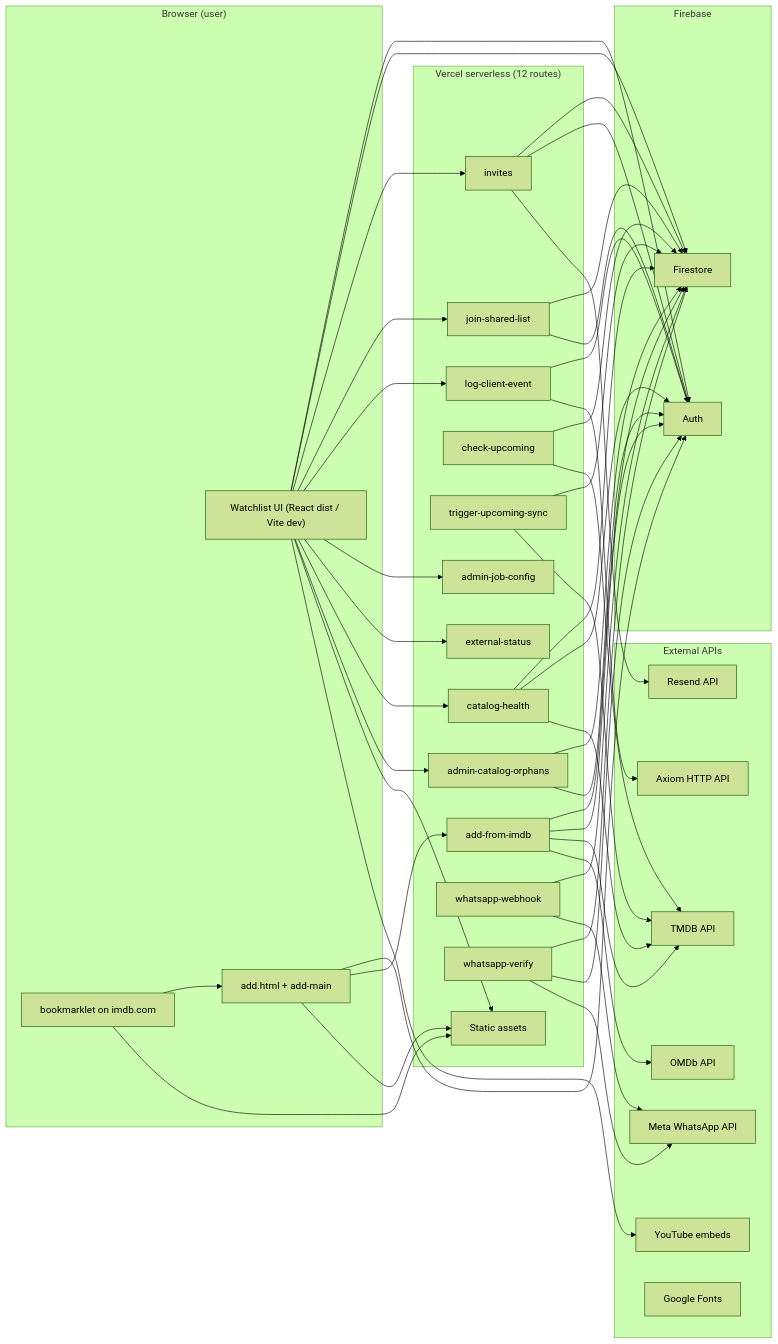
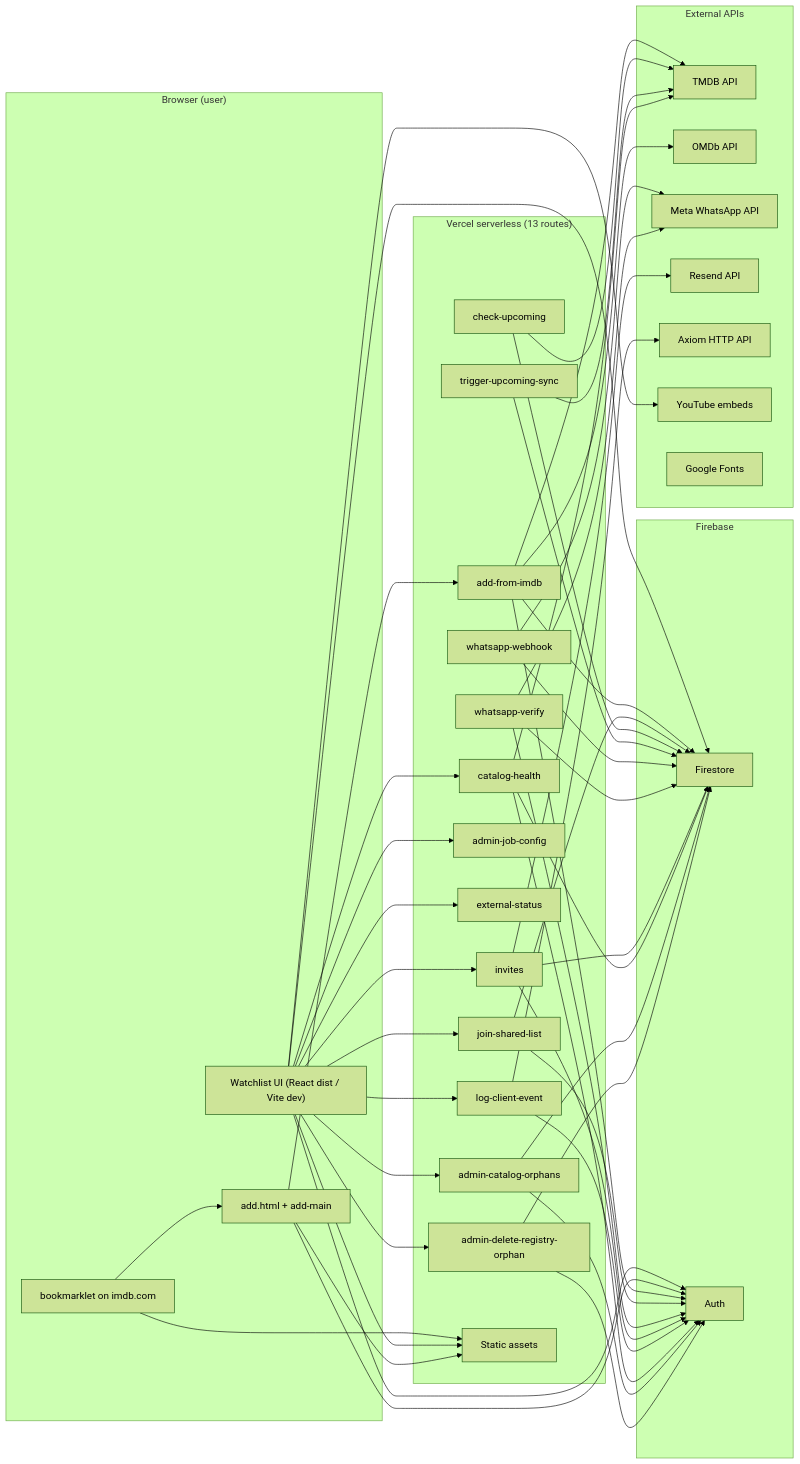
One commit to maulbogat/watchlist-app changed the first of 5 diagrams in system-design.md. Above: the diagram before and after it, drawn with Mermaid (forest theme). The commit also changed other lines of this file and 6 other files, not shown here.

First line of the commit message:
feat(admin): delete orphan catalog titles with API and polished UI

````diff
--- a/system-design.md
+++ b/system-design.md
@@ -468,7 +469,7 @@
     BM["bookmarklet on imdb.com"]
   end
 
-  subgraph VercelAPI["Vercel serverless (12 routes)"]
+  subgraph VercelAPI["Vercel serverless (13 routes)"]
     API_ADD["add-from-imdb"]
     API_JOIN["join-shared-list"]
     API_INV["invites"]
@@ -479,6 +480,7 @@
     API_EXT["external-status"]
     API_CAT["catalog-health"]
     API_ORPH["admin-catalog-orphans"]
+    API_DEL_ORPH["admin-delete-registry-orphan"]
     API_WA_HOOK["whatsapp-webhook"]
     API_WA_VER["whatsapp-verify"]
     Static["Static assets"]
@@ -508,6 +510,7 @@
   SPA --> API_EXT
   SPA --> API_CAT
   SPA --> API_ORPH
+  SPA --> API_DEL_ORPH
   ADD --> FA
   ADD --> API_ADD
   BM --> ADD
@@ -540,6 +543,8 @@
   API_CAT --> TMDB
   API_ORPH --> FS
   API_ORPH --> FA
+  API_DEL_ORPH --> FS
+  API_DEL_ORPH --> FA
 
   SPA --> YT
 ```
````
